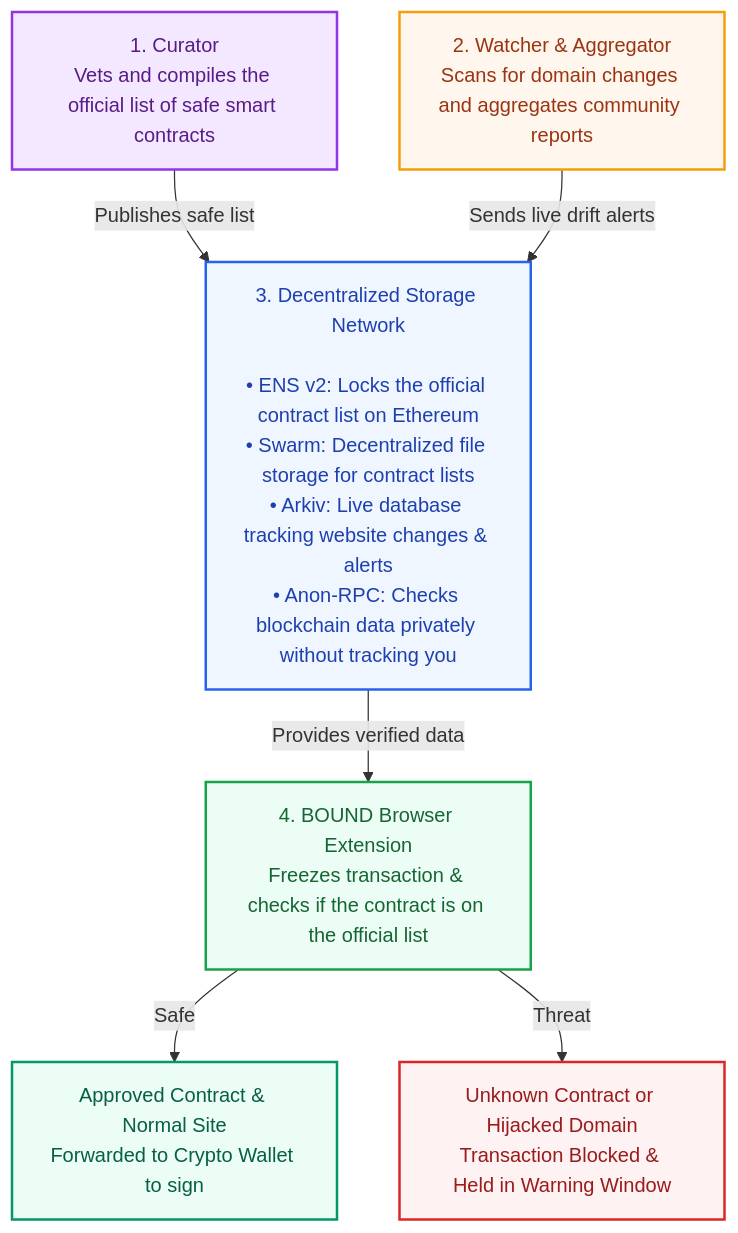
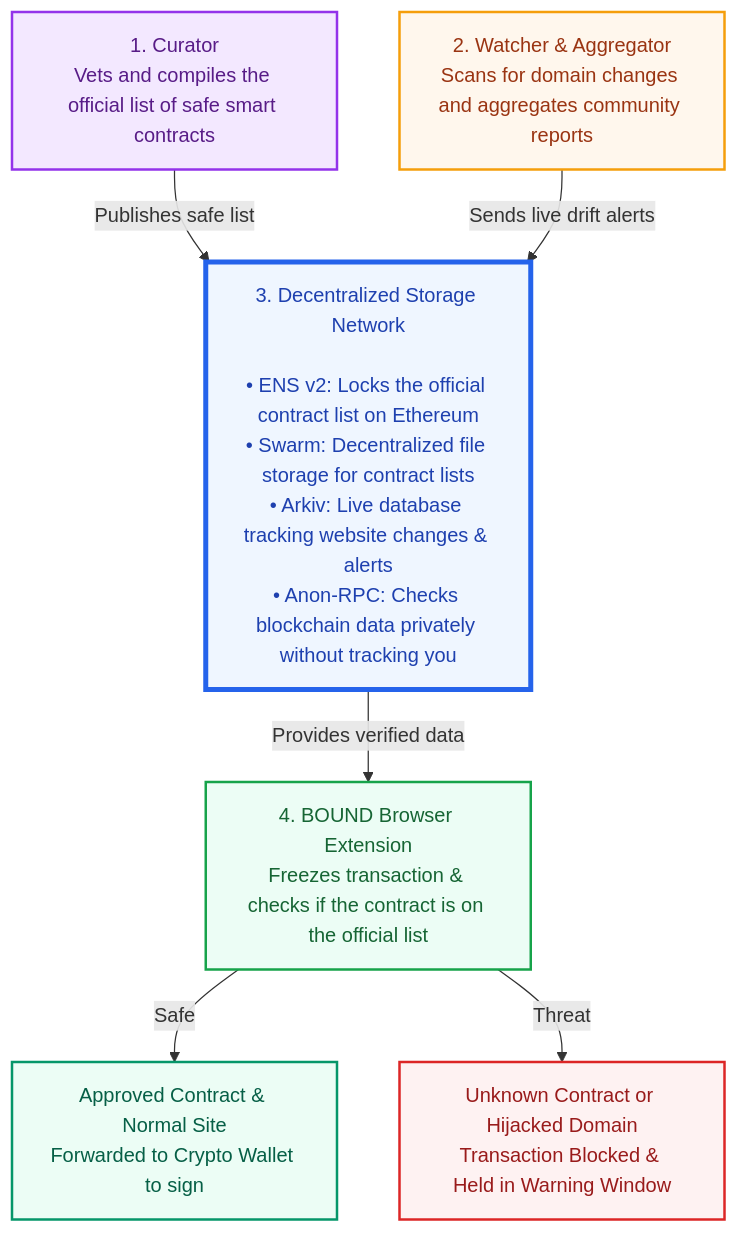
Before and after one commit to Soundcreates/BOUND: the diagram in README.md, drawn with Mermaid.

Commit message:
refactor: mermaid diagram

````diff
--- a/README.md
+++ b/README.md
@@ -10,36 +10,36 @@
 ```mermaid
 
 flowchart TD
     A["1. Curator<br/>Vets and compiles the official list of safe smart contracts"]
     B["2. Watcher & Aggregator<br/>Scans for domain changes and aggregates community reports"]
 
     A -->|"Publishes safe list"| C
     B -->|"Sends live drift alerts"| C
 
     C["3. Decentralized Storage Network<br/><br/>• ENS v2: Locks the official contract list on Ethereum<br/>• Swarm: Decentralized file storage for contract lists<br/>• Arkiv: Live database tracking website changes & alerts<br/>• Anon-RPC: Checks blockchain data privately without tracking you"]
 
     C -->|"Provides verified data"| D
 
     D["4. BOUND Browser Extension<br/>Freezes transaction & checks if the contract is on the official list"]
 
     D -->|"Safe"| E
     D -->|"Threat"| F
 
     E["Approved Contract & Normal Site<br/>Forwarded to Crypto Wallet to sign"]
 
     F["Unknown Contract or Hijacked Domain<br/>Transaction Blocked & Held in Warning Window"]
 
     classDef curator fill:#f3e8ff,stroke:#9333ea,color:#581c87,stroke-width:2px
     classDef watcher fill:#fff7ed,stroke:#f59e0b,color:#9a3412,stroke-width:2px
-    classDef storage fill:#eff6ff,stroke:#2563eb,color:#1e40af,stroke-width:2px
+    classDef storage fill:#eff6ff,stroke:#2563eb,color:#1e40af,stroke-width:4px
     classDef extension fill:#ecfdf5,stroke:#16a34a,color:#166534,stroke-width:2px
     classDef safe fill:#ecfdf5,stroke:#059669,color:#065f46,stroke-width:2px
     classDef threat fill:#fef2f2,stroke:#dc2626,color:#991b1b,stroke-width:2px
 
     class A curator
     class B watcher
     class C storage
     class D extension
     class E safe
     class F threat
 ```
````
